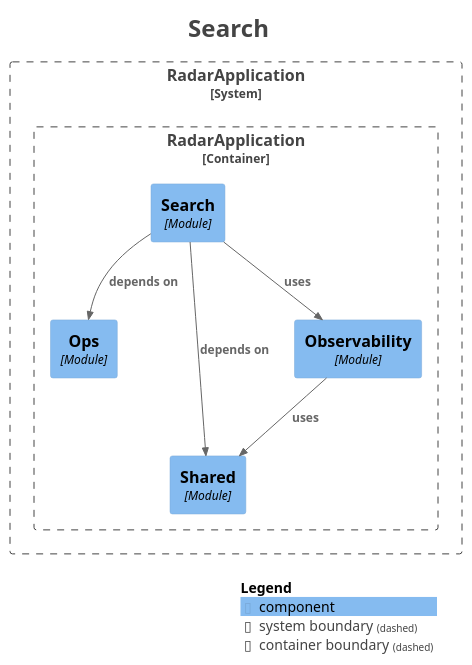
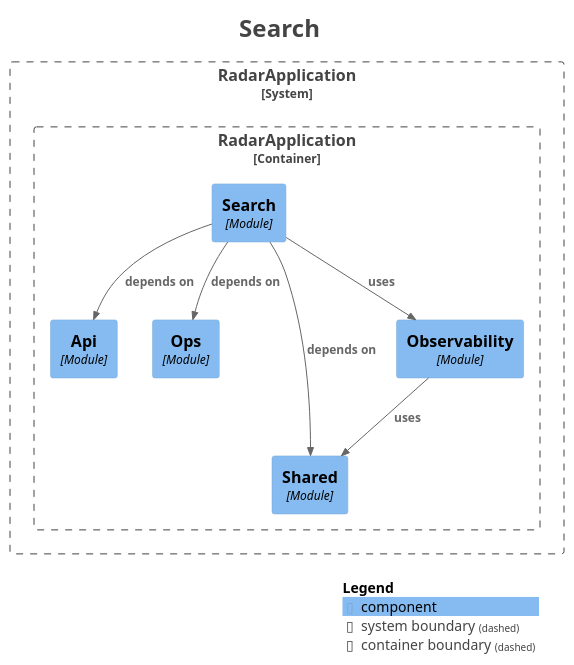
The diagram in docs/modules/module-search.puml (MiguelSanzBr/radar-licitacoes), drawn with PlantUML before and after one commit. The commit also changed 49 other files, not shown here.

Commit message:
feat(search): rest api

```diff
--- a/docs/modules/module-search.puml
+++ b/docs/modules/module-search.puml
@@ -1,35 +1,37 @@
 @startuml
 title <size:24>Search</size>
 
 set separator none
 top to bottom direction
 
 <style>
   root {
     BackgroundColor: #ffffff
     FontColor: #444444
   }
 </style>
 
 !include <C4/C4>
 !include <C4/C4_Context>
 !include <C4/C4_Component>
 
 System_Boundary("RadarApplication_boundary", "RadarApplication", $tags="") {
   Container_Boundary("RadarApplication.RadarApplication_boundary", "RadarApplication", $tags="") {
+    Component(RadarApplication.RadarApplication.Api, "Api", $techn="Module", $descr="", $tags="", $link="")
     Component(RadarApplication.RadarApplication.Ops, "Ops", $techn="Module", $descr="", $tags="", $link="")
     Component(RadarApplication.RadarApplication.Shared, "Shared", $techn="Module", $descr="", $tags="", $link="")
     Component(RadarApplication.RadarApplication.Observability, "Observability", $techn="Module", $descr="", $tags="", $link="")
     Component(RadarApplication.RadarApplication.Search, "Search", $techn="Module", $descr="", $tags="", $link="")
   }
 
 }
 
 Rel(RadarApplication.RadarApplication.Observability, RadarApplication.RadarApplication.Shared, "uses", $techn="", $tags="", $link="")
 Rel(RadarApplication.RadarApplication.Search, RadarApplication.RadarApplication.Ops, "depends on", $techn="", $tags="", $link="")
+Rel(RadarApplication.RadarApplication.Search, RadarApplication.RadarApplication.Api, "depends on", $techn="", $tags="", $link="")
 Rel(RadarApplication.RadarApplication.Search, RadarApplication.RadarApplication.Shared, "depends on", $techn="", $tags="", $link="")
 Rel(RadarApplication.RadarApplication.Search, RadarApplication.RadarApplication.Observability, "uses", $techn="", $tags="", $link="")
 
 SHOW_LEGEND(true)
 hide stereotypes
 @enduml
```
